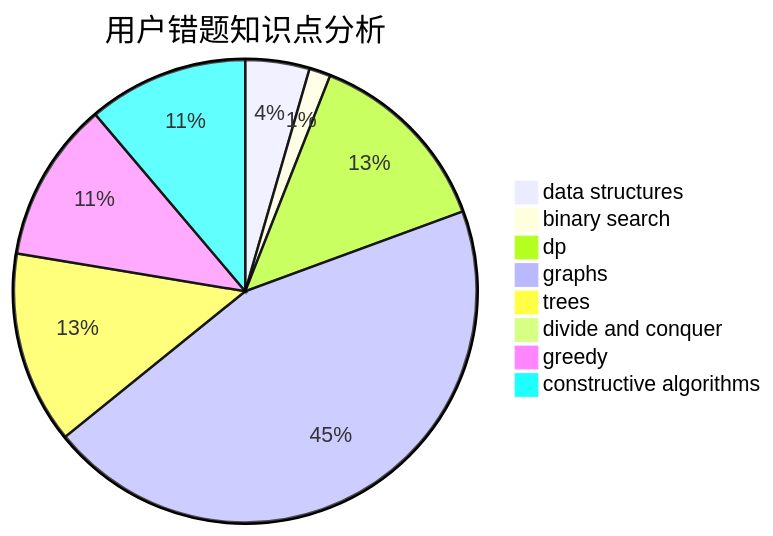
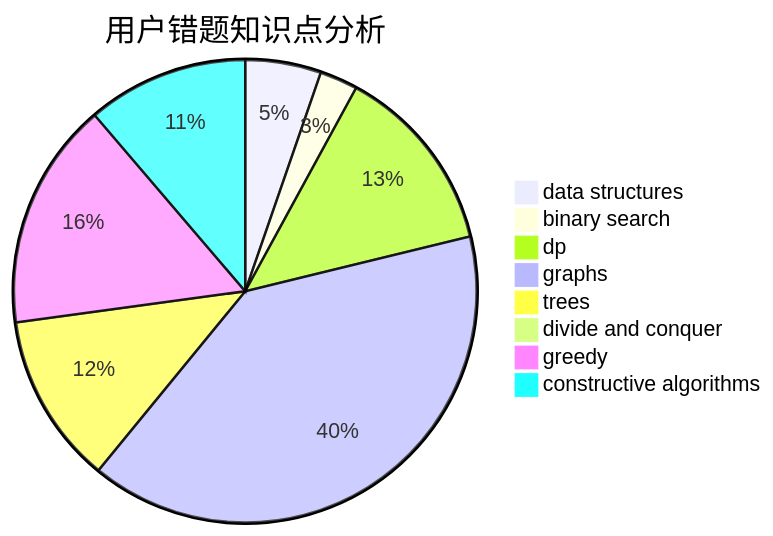
One commit to sherpahu/cfrs.github.io changed the third of 3 diagrams in docs/user/u2676.md. Above: the diagram before and after it, drawn with Mermaid. The commit also changed other lines of this file and 2770 other files, not shown here.

````diff
--- a/docs/user/u2676.md
+++ b/docs/user/u2676.md
@@ -36,11 +36,11 @@
 ```mermaid
 pie title 用户错题知识点分析
-    "data structures" :  6
-    "binary search" :  2
-    "dp" :  18
+    "data structures" :  8
+    "binary search" :  4
+    "dp" :  20
     "graphs" :  60
     "trees" :  18
     "divide and conquer" :  0
-    "greedy" :  15
-    "constructive algorithms" :  15
+    "greedy" :  24
+    "constructive algorithms" :  17
 ```
````
